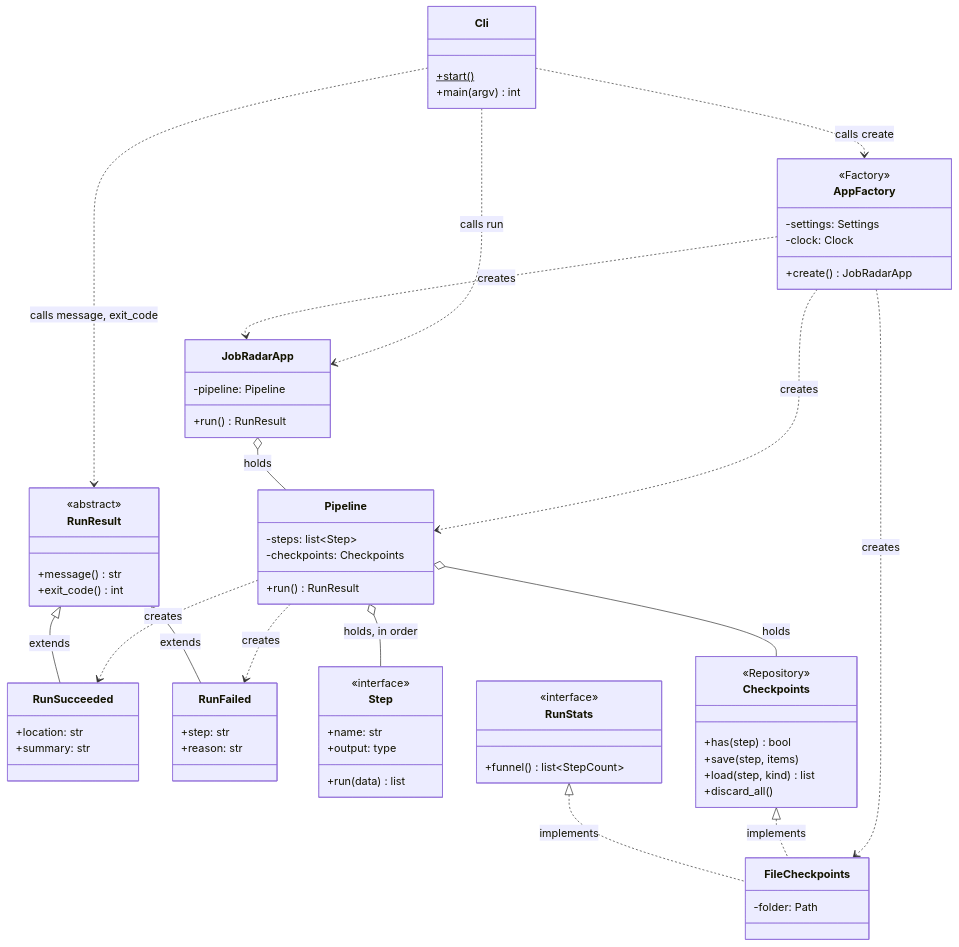
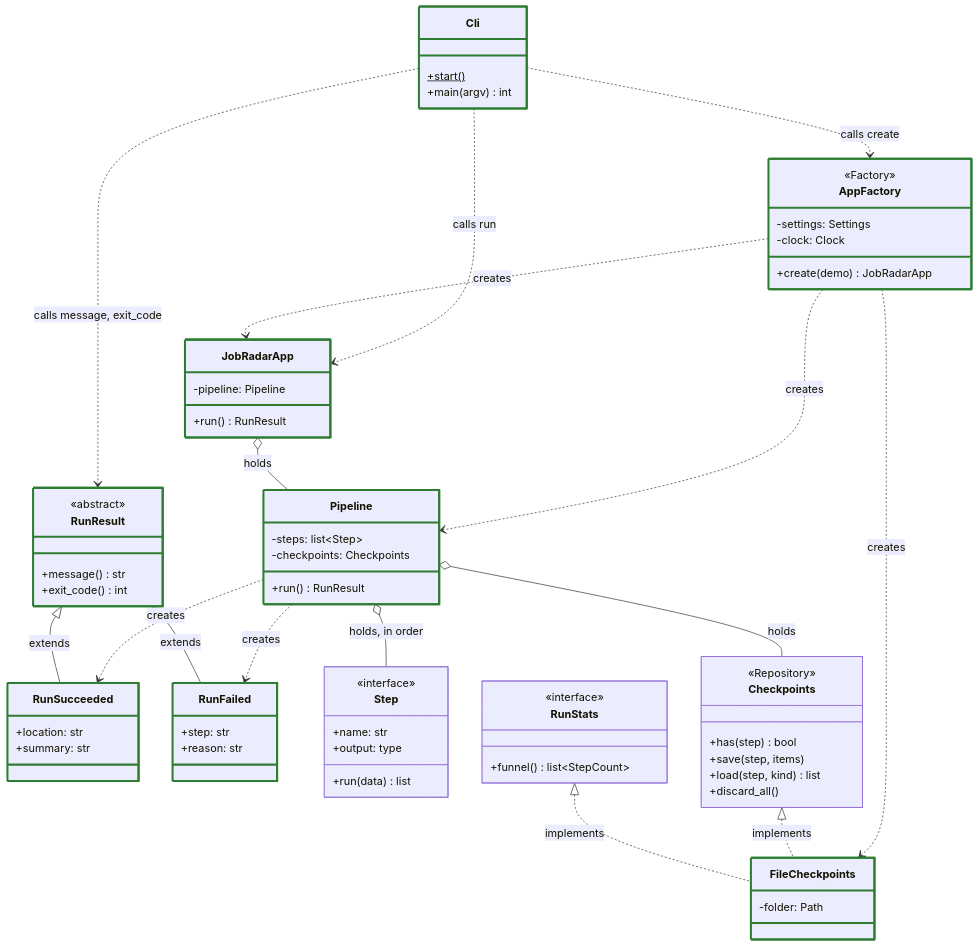
Before and after one commit to adailida/job-radar: the first of 4 diagrams in docs/architecture.md, drawn with Mermaid. The commit also changed other lines of this file and 28 other files, not shown here.

````diff
--- a/docs/architecture.md
+++ b/docs/architecture.md
@@ -22,73 +22,82 @@
 ```mermaid
 classDiagram
     direction TB
 
     class Cli {
         +start()$
         +main(argv) int
     }
     class AppFactory {
         <<Factory>>
         -settings: Settings
         -clock: Clock
-        +create() JobRadarApp
+        +create(demo) JobRadarApp
     }
     class JobRadarApp {
         -pipeline: Pipeline
         +run() RunResult
     }
     class RunResult {
         <<abstract>>
         +message() str
         +exit_code() int
     }
     class RunSucceeded {
         +location: str
         +summary: str
     }
     class RunFailed {
         +step: str
         +reason: str
     }
     class Pipeline {
         -steps: list~Step~
         -checkpoints: Checkpoints
         +run() RunResult
     }
     class Step {
         <<interface>>
         +name: str
         +output: type
         +run(data) list
     }
     class Checkpoints {
         <<Repository>>
         +has(step) bool
         +save(step, items)
         +load(step, kind) list
         +discard_all()
     }
     class RunStats {
         <<interface>>
         +funnel() list~StepCount~
     }
     class FileCheckpoints {
         -folder: Path
     }
 
     Cli ..> AppFactory : calls create
     Cli ..> JobRadarApp : calls run
     Cli ..> RunResult : calls message, exit_code
     AppFactory ..> JobRadarApp : creates
     AppFactory ..> Pipeline : creates
     AppFactory ..> FileCheckpoints : creates
     JobRadarApp o-- Pipeline : holds
     Pipeline o-- Step : holds, in order
     Pipeline o-- Checkpoints : holds
     Pipeline ..> RunSucceeded : creates
     Pipeline ..> RunFailed : creates
     RunResult <|-- RunSucceeded : extends
     RunResult <|-- RunFailed : extends
     Checkpoints <|.. FileCheckpoints : implements
     RunStats <|.. FileCheckpoints : implements
+
+    style Cli stroke:#2e7d32,stroke-width:3px
+    style AppFactory stroke:#2e7d32,stroke-width:3px
+    style JobRadarApp stroke:#2e7d32,stroke-width:3px
+    style RunResult stroke:#2e7d32,stroke-width:3px
+    style RunSucceeded stroke:#2e7d32,stroke-width:3px
+    style RunFailed stroke:#2e7d32,stroke-width:3px
+    style Pipeline stroke:#2e7d32,stroke-width:3px
+    style FileCheckpoints stroke:#2e7d32,stroke-width:3px
 ```
````
